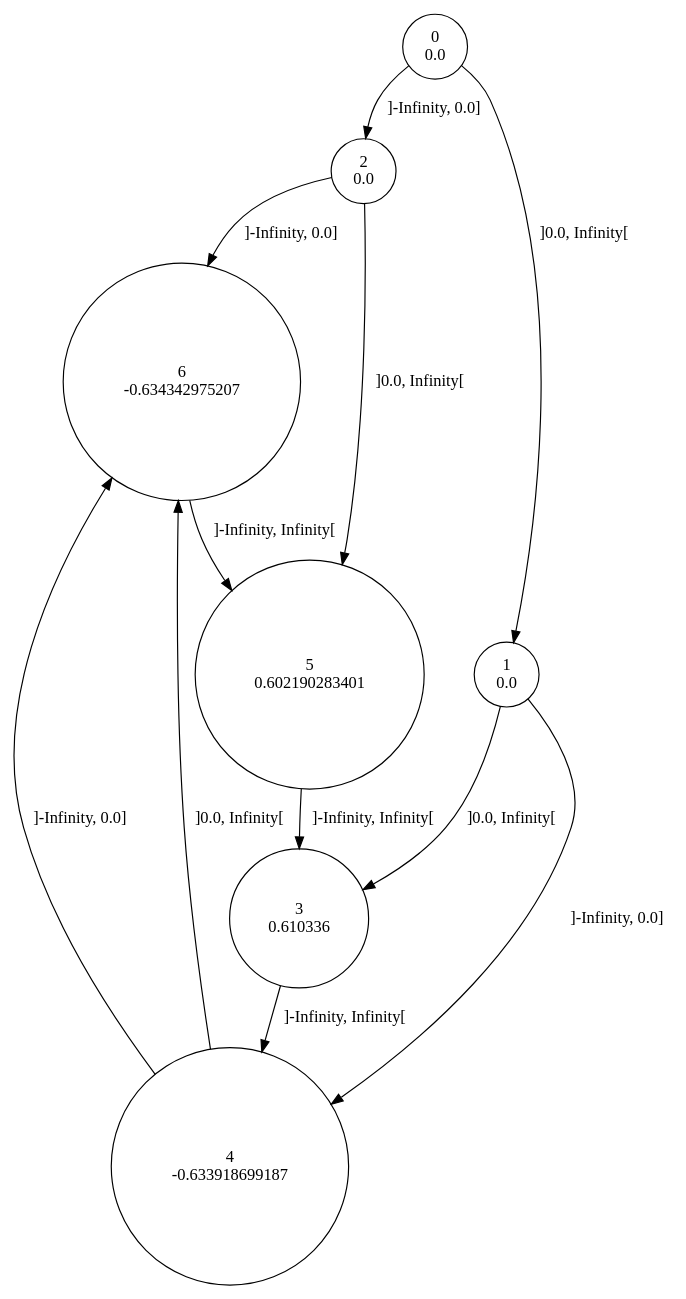
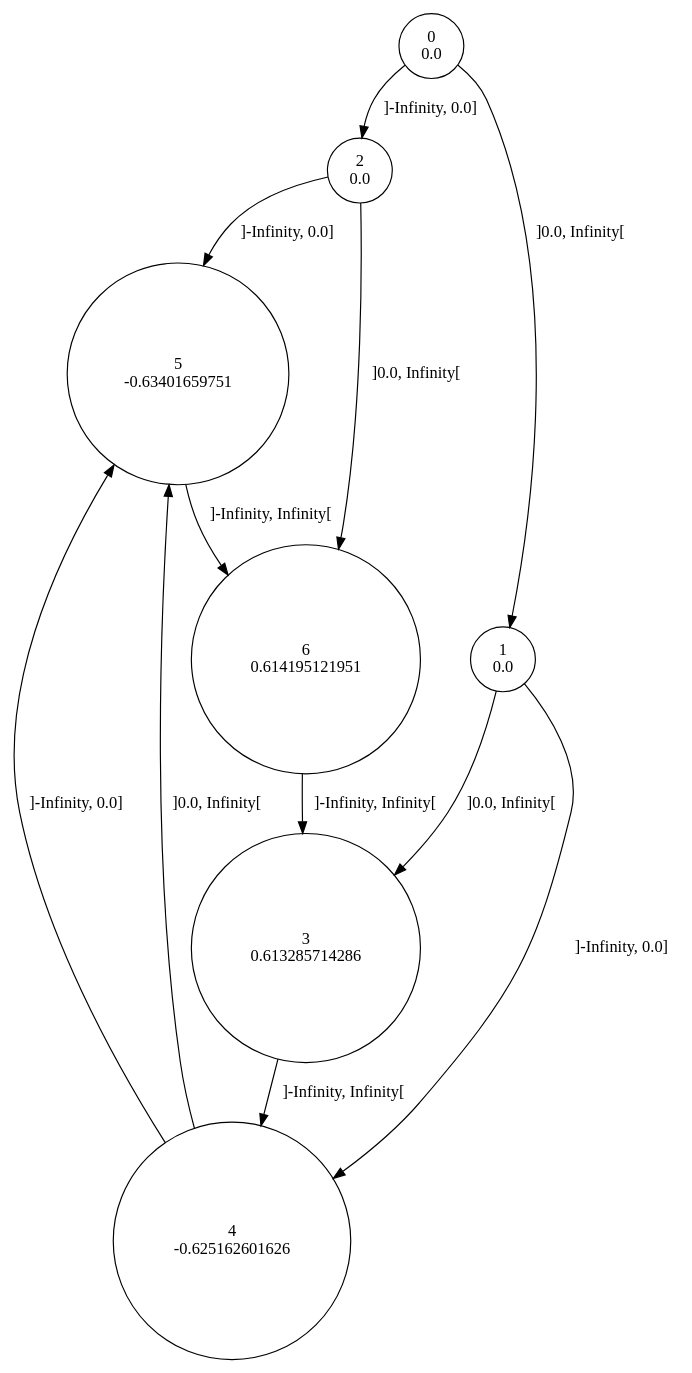
Before and after one commit to gllpellegrino/RAI_experiments: the diagram in sinus/data/9/rtisy.dot, drawn with Graphviz. The commit also changed 98 other files, not shown here.

```diff
--- a/sinus/data/9/rtisy.dot
+++ b/sinus/data/9/rtisy.dot
@@ -1,20 +1,20 @@
 digraph a {
 0 [shape=circle, label="0\n0.0"];
-	0->2 [ label="]-Infinity, 0.0]"];
-	0->1 [ label="]0.0, Infinity["];
+	0 -> 2 [label="]-Infinity, 0.0]"];
+	0 -> 1 [label="]0.0, Infinity["];
 1 [shape=circle, label="1\n0.0"];
-	1->4 [ label="]-Infinity, 0.0]"];
-	1->3 [ label="]0.0, Infinity["];
+	1 -> 4 [label="]-Infinity, 0.0]"];
+	1 -> 3 [label="]0.0, Infinity["];
 2 [shape=circle, label="2\n0.0"];
-	2->6 [ label="]-Infinity, 0.0]"];
-	2->5 [ label="]0.0, Infinity["];
-3 [shape=circle, label="3\n0.610336"];
-	3->4 [ label="]-Infinity, Infinity["];
-4 [shape=circle, label="4\n-0.633918699187"];
-	4->6 [ label="]-Infinity, 0.0]"];
-	4->6 [ label="]0.0, Infinity["];
-5 [shape=circle, label="5\n0.602190283401"];
-	5->3 [ label="]-Infinity, Infinity["];
-6 [shape=circle, label="6\n-0.634342975207"];
-	6->5 [ label="]-Infinity, Infinity["];
+	2 -> 5 [label="]-Infinity, 0.0]"];
+	2 -> 6 [label="]0.0, Infinity["];
+3 [shape=circle, label="3\n0.613285714286"];
+	3 -> 4 [label="]-Infinity, Infinity["];
+4 [shape=circle, label="4\n-0.625162601626"];
+	4 -> 5 [label="]-Infinity, 0.0]"];
+	4 -> 5 [label="]0.0, Infinity["];
+5 [shape=circle, label="5\n-0.63401659751"];
+	5 -> 6 [label="]-Infinity, Infinity["];
+6 [shape=circle, label="6\n0.614195121951"];
+	6 -> 3 [label="]-Infinity, Infinity["];
 }
```
